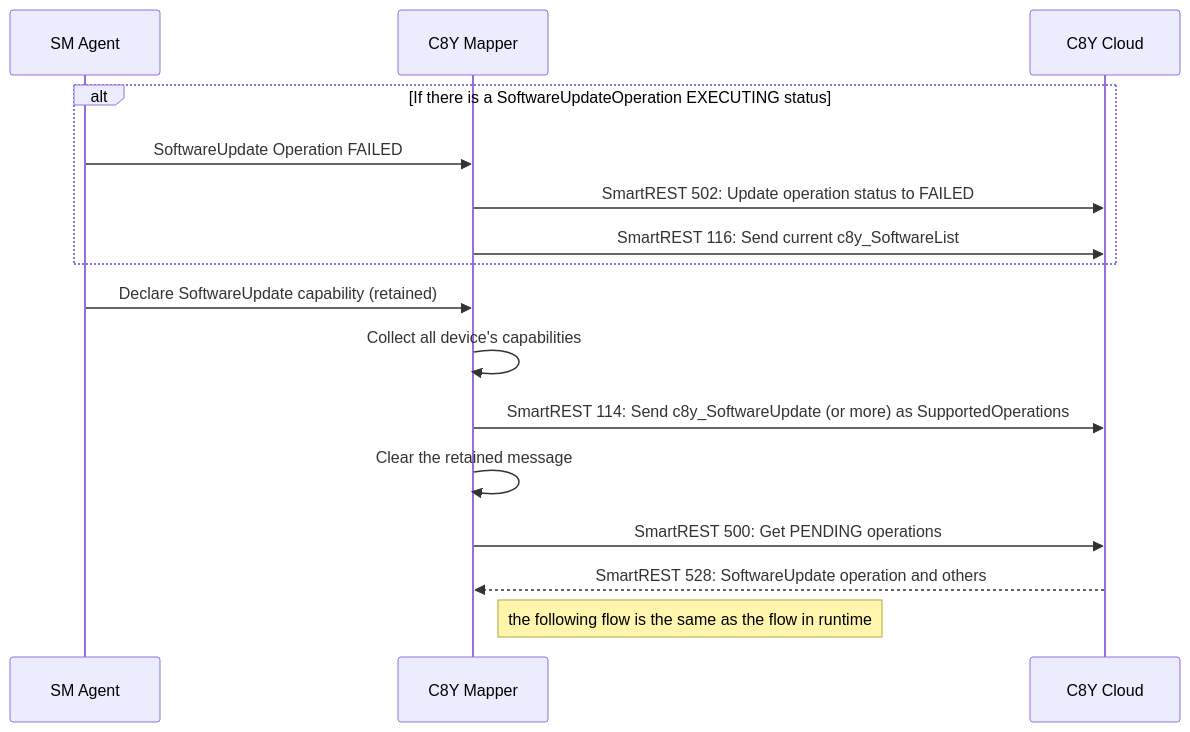
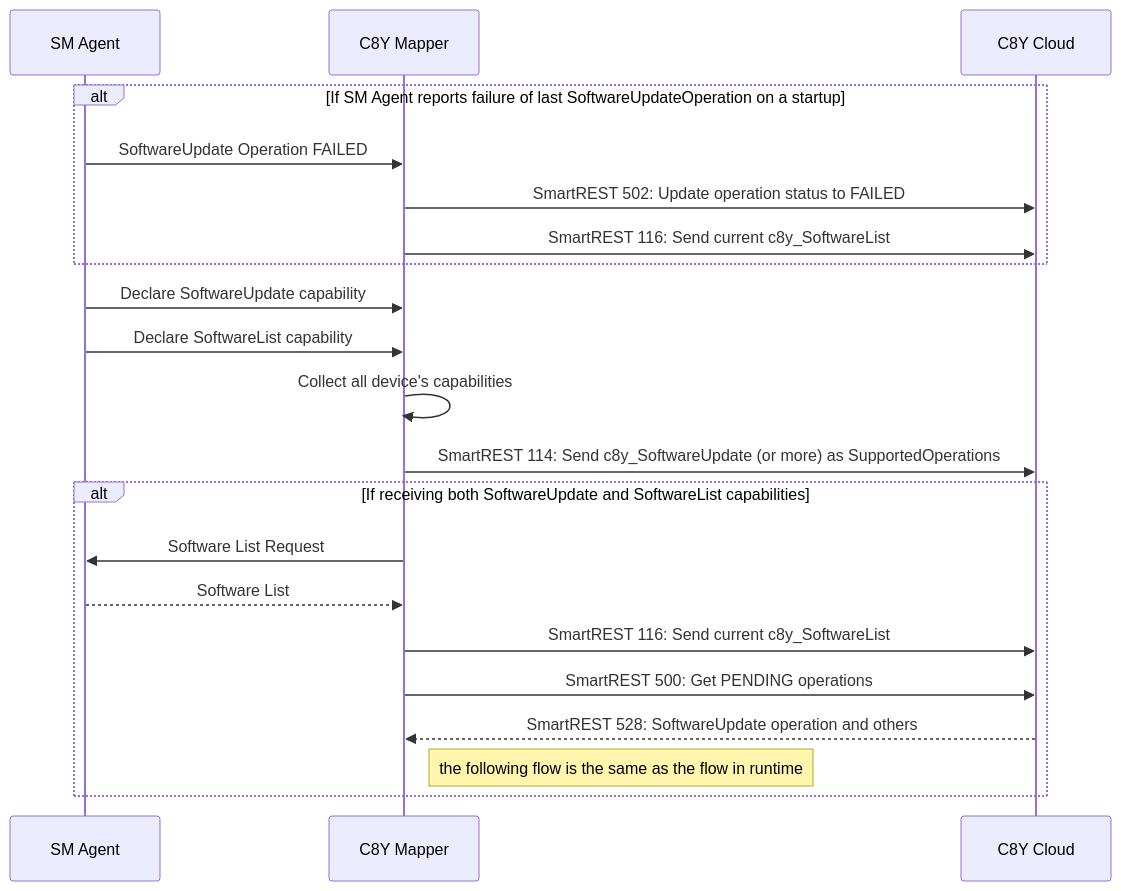
One commit to thin-edge/thin-edge.io-specs changed the first of 2 diagrams in src/software-management/c8y-mapper-operation-handling.md. Above: the diagram before and after it, drawn with Mermaid. The commit also changed other lines of this file and 1 other file, not shown here.

Commit message:
Merge flow at SM Agent Startup and flow at C8Y Mapper Startup

````diff
--- a/src/software-management/c8y-mapper-operation-handling.md
+++ b/src/software-management/c8y-mapper-operation-handling.md
@@ -34,22 +12,27 @@
 ```mermaid
 sequenceDiagram
     participant SM Agent
     participant C8Y Mapper
     participant C8Y Cloud
 
-    alt If there is a SoftwareUpdateOperation EXECUTING status
-    SM Agent ->> C8Y Mapper: SoftwareUpdate Operation FAILED
-    C8Y Mapper ->> C8Y Cloud: SmartREST 502: Update operation status to FAILED
-    C8Y Mapper ->> C8Y Cloud: SmartREST 116: Send current c8y_SoftwareList
+    alt If SM Agent reports failure of last SoftwareUpdateOperation on a startup
+      SM Agent ->> C8Y Mapper: SoftwareUpdate Operation FAILED
+      C8Y Mapper ->> C8Y Cloud: SmartREST 502: Update operation status to FAILED
+      C8Y Mapper ->> C8Y Cloud: SmartREST 116: Send current c8y_SoftwareList
     end
 
-    SM Agent ->> C8Y Mapper: Declare SoftwareUpdate capability (retained)
+    SM Agent ->> C8Y Mapper: Declare SoftwareUpdate capability
+    SM Agent ->> C8Y Mapper: Declare SoftwareList capability
     C8Y Mapper ->> C8Y Mapper: Collect all device's capabilities
     C8Y Mapper ->> C8Y Cloud: SmartREST 114: Send c8y_SoftwareUpdate (or more) as SupportedOperations
-    C8Y Mapper ->> C8Y Mapper: Clear the retained message
     
-    C8Y Mapper ->> C8Y Cloud: SmartREST 500: Get PENDING operations
-    C8Y Cloud -->> C8Y Mapper: SmartREST 528: SoftwareUpdate operation and others
-    
-    Note right of C8Y Mapper: the following flow is the same as the flow in runtime
+    alt If receiving both SoftwareUpdate and SoftwareList capabilities
+      C8Y Mapper ->> SM Agent: Software List Request
+      SM Agent -->> C8Y Mapper: Software List
+      C8Y Mapper ->> C8Y Cloud: SmartREST 116: Send current c8y_SoftwareList
+      
+      C8Y Mapper ->> C8Y Cloud: SmartREST 500: Get PENDING operations
+      C8Y Cloud -->> C8Y Mapper: SmartREST 528: SoftwareUpdate operation and others
+      Note right of C8Y Mapper: the following flow is the same as the flow in runtime
+    end
 ```
````
